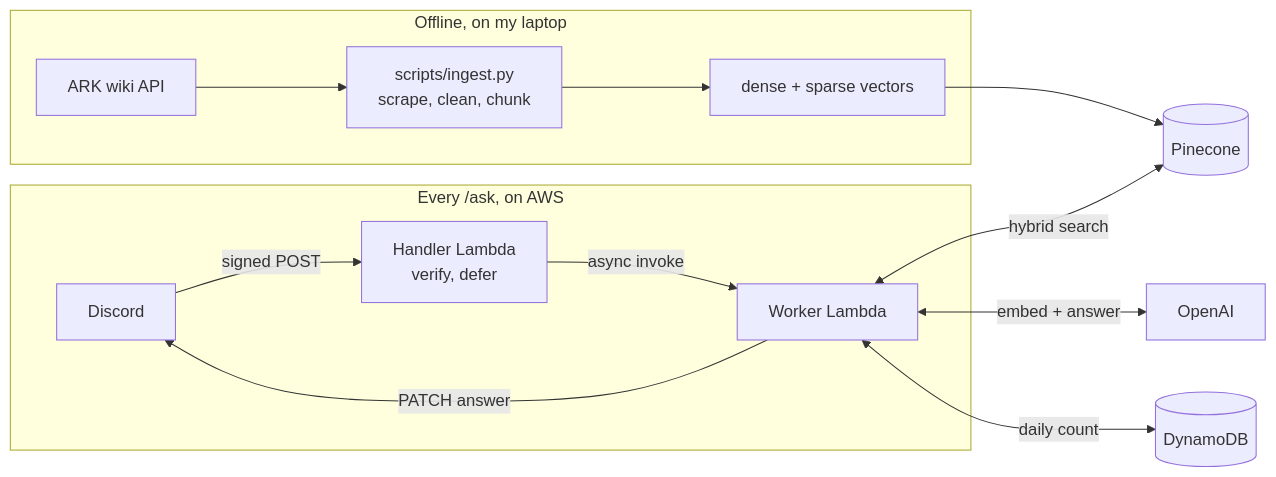
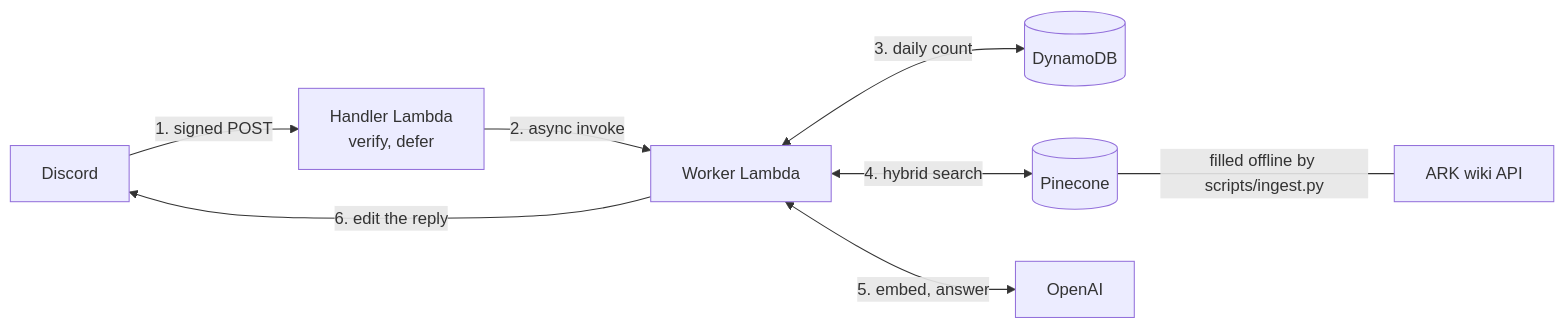
Before and after one commit to CynicalD/RAGnarok: the diagram in README.md, drawn with Mermaid. The commit also changed other lines of this file, not shown here.

Commit message:
Simplify the README architecture diagram

````diff
--- a/README.md
+++ b/README.md
@@ -25,17 +25,10 @@
 ```mermaid
 flowchart LR
-    subgraph offline["Offline, on my laptop"]
-        W[ARK wiki API] --> I[scripts/ingest.py<br/>scrape, clean, chunk]
-        I --> V[dense + sparse vectors]
-    end
-    V --> P[(Pinecone)]
-
-    subgraph online["Every /ask, on AWS"]
-        D[Discord] -->|signed POST| H[Handler Lambda<br/>verify, defer]
-        H -->|async invoke| K[Worker Lambda]
-        K -->|PATCH answer| D
-    end
-    K <-->|hybrid search| P
-    K <-->|embed + answer| O[OpenAI]
-    K <-->|daily count| Q[(DynamoDB)]
+    D[Discord] -->|1. signed POST| H[Handler Lambda<br/>verify, defer]
+    H -->|2. async invoke| K[Worker Lambda]
+    K -->|6. edit the reply| D
+    K <-->|3. daily count| Q[(DynamoDB)]
+    K <-->|4. hybrid search| P[(Pinecone)]
+    K <-->|5. embed, answer| O[OpenAI]
+    P ---|filled offline by scripts/ingest.py| W[ARK wiki API]
 ```
````
